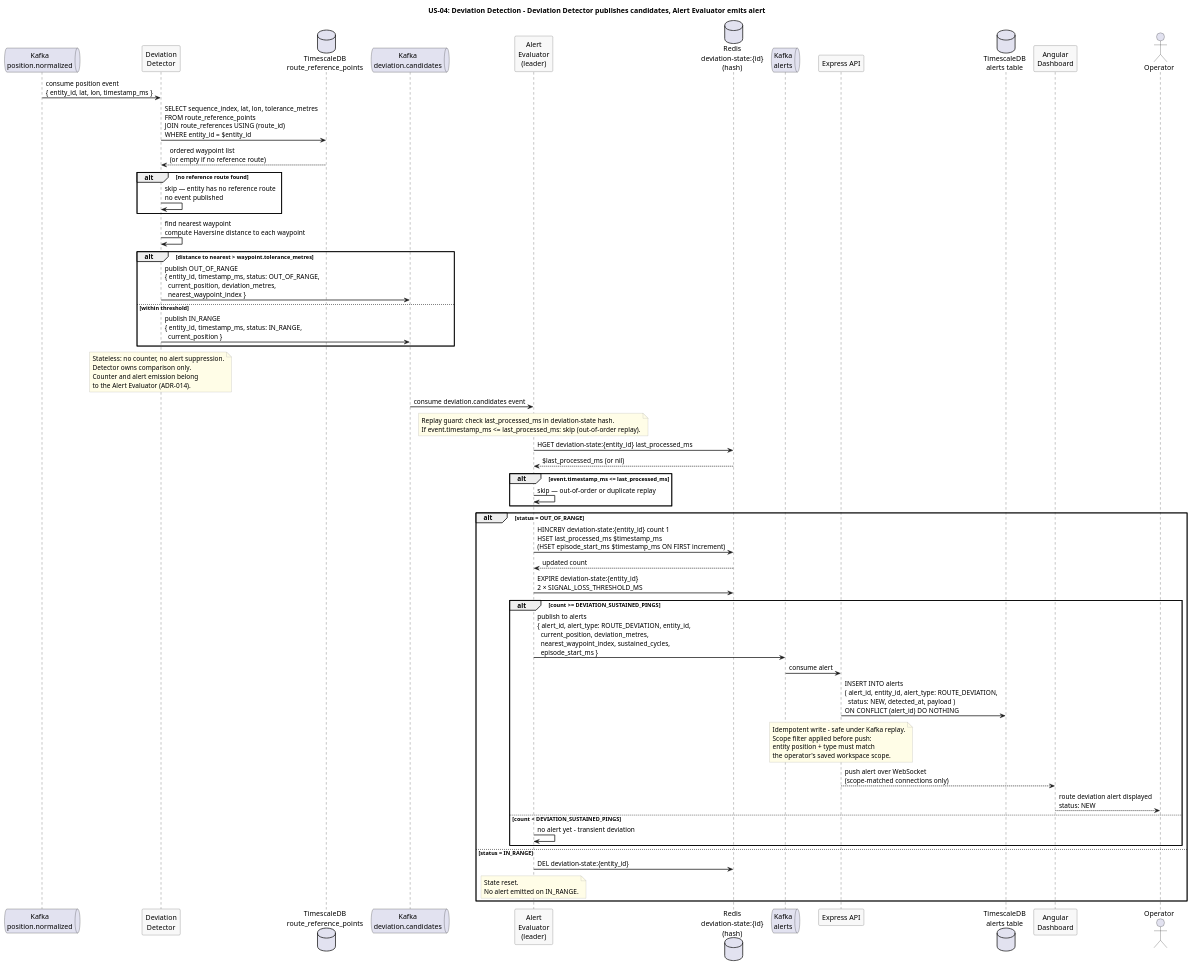
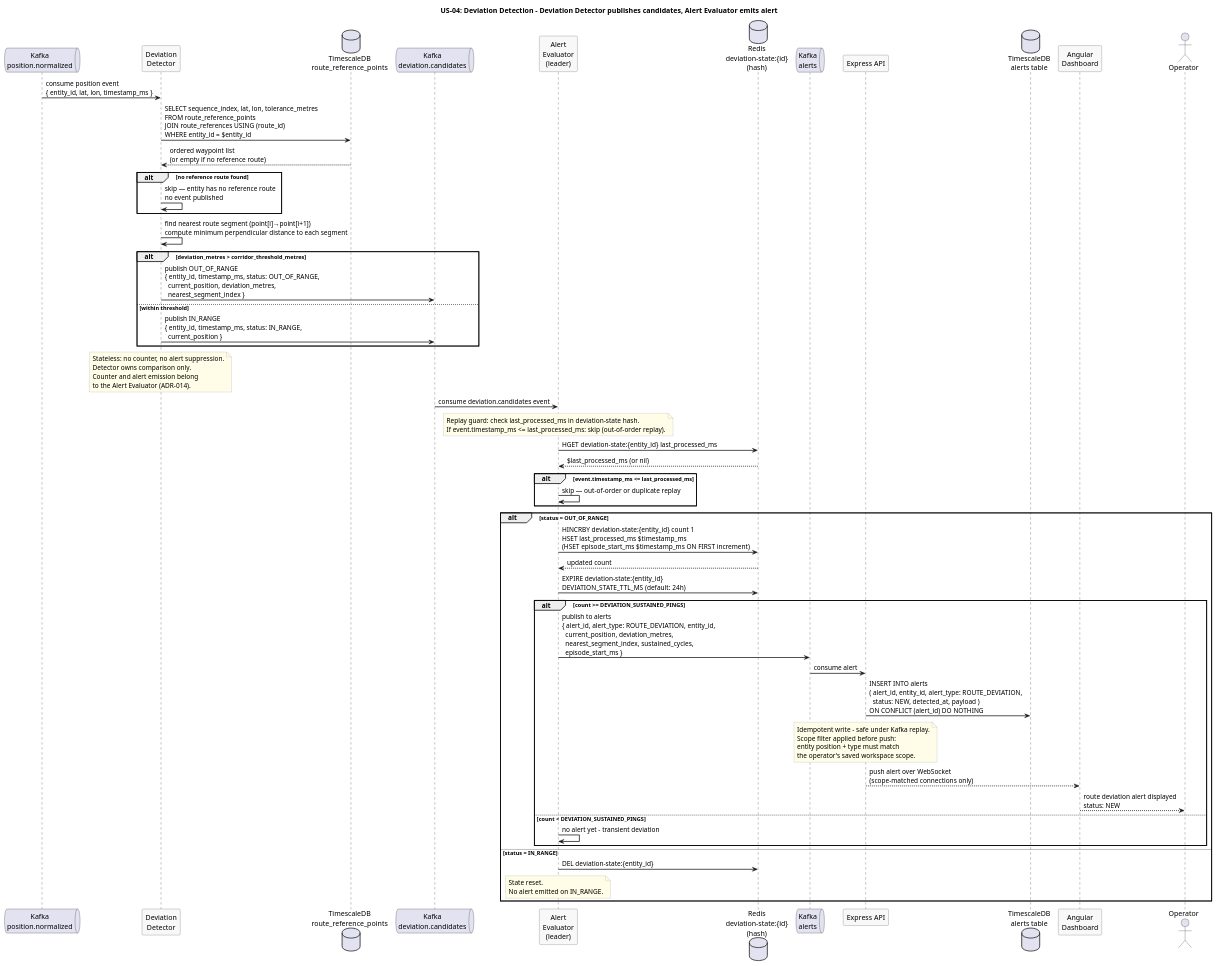
One commit to Buffden/sentinel changed the diagram in docs/use-cases/US-04-route-deviation-alert/deviation-detection.puml. Above: the diagram before and after it, drawn with PlantUML. The commit also changed 9 other files, not shown here.

First line of the commit message:
use-cases: update all diagrams and docs for 14-issue correctness sweep

```diff
--- a/docs/use-cases/US-04-route-deviation-alert/deviation-detection.puml
+++ b/docs/use-cases/US-04-route-deviation-alert/deviation-detection.puml
@@ -1,90 +1,90 @@
 @startuml deviation-detection
 title US-04: Deviation Detection - Deviation Detector publishes candidates, Alert Evaluator emits alert
 
 skinparam sequenceArrowThickness 1.5
 skinparam participantBorderColor #555555
 skinparam participantBackgroundColor #F8F8F8
 skinparam noteBorderColor #AAAAAA
 skinparam noteBackgroundColor #FFFDE7
 
 queue "Kafka\nposition.normalized" as NormKafka
 participant "Deviation\nDetector" as Detector
 database "TimescaleDB\nroute_reference_points" as RoutePoints
 queue "Kafka\ndeviation.candidates" as DevCandKafka
 participant "Alert\nEvaluator\n(leader)" as Evaluator
 database "Redis\ndeviation-state:{id}\n(hash)" as DevState
 queue "Kafka\nalerts" as Alerts
 participant "Express API" as API
 database "TimescaleDB\nalerts table" as TSDB
 participant "Angular\nDashboard" as Dashboard
 actor Operator
 
 NormKafka -> Detector : consume position event\n{ entity_id, lat, lon, timestamp_ms }
 
 Detector -> RoutePoints : SELECT sequence_index, lat, lon, tolerance_metres\nFROM route_reference_points\nJOIN route_references USING (route_id)\nWHERE entity_id = $entity_id
 RoutePoints --> Detector : ordered waypoint list\n(or empty if no reference route)
 
 alt no reference route found
   Detector -> Detector : skip — entity has no reference route\nno event published
 end
 
-Detector -> Detector : find nearest waypoint\ncompute Haversine distance to each waypoint
+Detector -> Detector : find nearest route segment (point[i]→point[i+1])\ncompute minimum perpendicular distance to each segment
 
-alt distance to nearest > waypoint.tolerance_metres
-  Detector -> DevCandKafka : publish OUT_OF_RANGE\n{ entity_id, timestamp_ms, status: OUT_OF_RANGE,\n  current_position, deviation_metres,\n  nearest_waypoint_index }
+alt deviation_metres > corridor_threshold_metres
+  Detector -> DevCandKafka : publish OUT_OF_RANGE\n{ entity_id, timestamp_ms, status: OUT_OF_RANGE,\n  current_position, deviation_metres,\n  nearest_segment_index }
 else within threshold
   Detector -> DevCandKafka : publish IN_RANGE\n{ entity_id, timestamp_ms, status: IN_RANGE,\n  current_position }
 end
 
 note over Detector
   Stateless: no counter, no alert suppression.
   Detector owns comparison only.
   Counter and alert emission belong
   to the Alert Evaluator (ADR-014).
 end note
 
 DevCandKafka -> Evaluator : consume deviation.candidates event
 
 note over Evaluator
   Replay guard: check last_processed_ms in deviation-state hash.
   If event.timestamp_ms <= last_processed_ms: skip (out-of-order replay).
 end note
 
 Evaluator -> DevState : HGET deviation-state:{entity_id} last_processed_ms
 DevState --> Evaluator : $last_processed_ms (or nil)
 
 alt event.timestamp_ms <= last_processed_ms
   Evaluator -> Evaluator : skip — out-of-order or duplicate replay
 end
 
 alt status = OUT_OF_RANGE
   Evaluator -> DevState : HINCRBY deviation-state:{entity_id} count 1\nHSET last_processed_ms $timestamp_ms\n(HSET episode_start_ms $timestamp_ms ON FIRST increment)
   DevState --> Evaluator : updated count
 
-  Evaluator -> DevState : EXPIRE deviation-state:{entity_id}\n2 × SIGNAL_LOSS_THRESHOLD_MS
+  Evaluator -> DevState : EXPIRE deviation-state:{entity_id}\nDEVIATION_STATE_TTL_MS (default: 24h)
 
   alt count >= DEVIATION_SUSTAINED_PINGS
-    Evaluator -> Alerts : publish to alerts\n{ alert_id, alert_type: ROUTE_DEVIATION, entity_id,\n  current_position, deviation_metres,\n  nearest_waypoint_index, sustained_cycles,\n  episode_start_ms }
+    Evaluator -> Alerts : publish to alerts\n{ alert_id, alert_type: ROUTE_DEVIATION, entity_id,\n  current_position, deviation_metres,\n  nearest_segment_index, sustained_cycles,\n  episode_start_ms }
     Alerts -> API : consume alert
     API -> TSDB : INSERT INTO alerts\n( alert_id, entity_id, alert_type: ROUTE_DEVIATION,\n  status: NEW, detected_at, payload )\nON CONFLICT (alert_id) DO NOTHING
     note over API
       Idempotent write - safe under Kafka replay.
       Scope filter applied before push:
       entity position + type must match
       the operator's saved workspace scope.
     end note
     API --> Dashboard : push alert over WebSocket\n(scope-matched connections only)
     Dashboard --> Operator : route deviation alert displayed\nstatus: NEW
   else count < DEVIATION_SUSTAINED_PINGS
     Evaluator -> Evaluator : no alert yet - transient deviation
   end
 
 else status = IN_RANGE
   Evaluator -> DevState : DEL deviation-state:{entity_id}
   note over Evaluator
     State reset.
     No alert emitted on IN_RANGE.
   end note
 end
 
 @enduml
```
